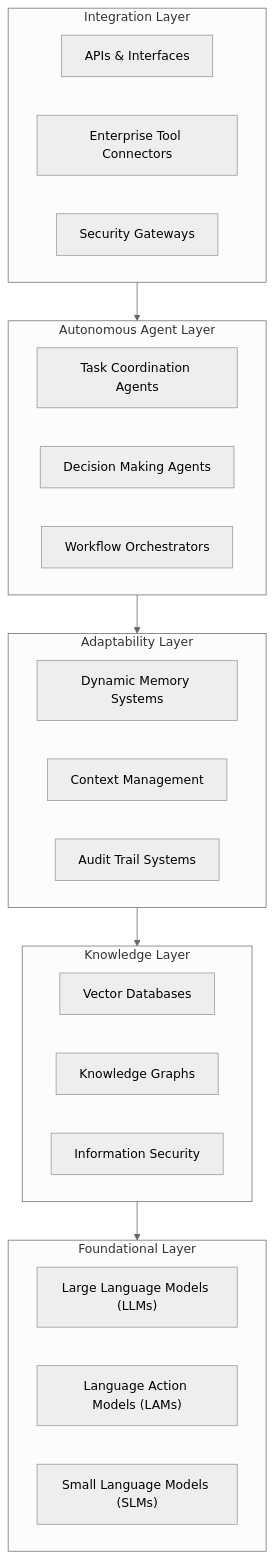
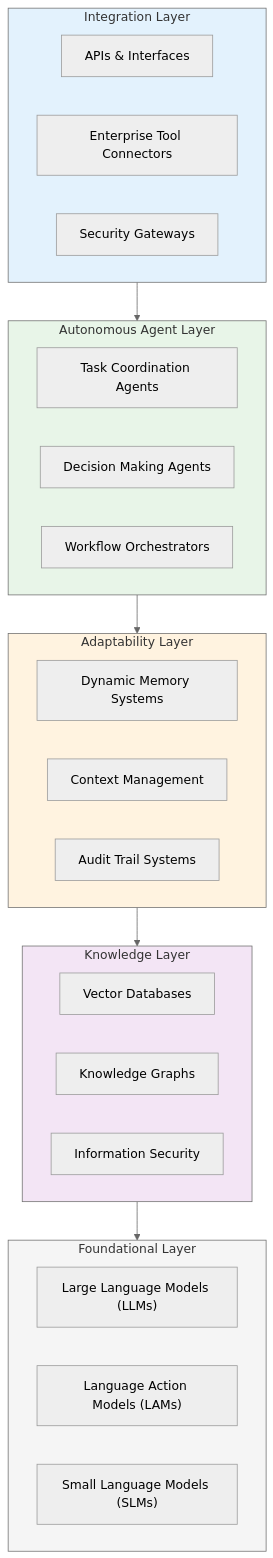
One commit to dwarvesf/brainery changed the diagram in updates/arc/on-agent.md. Above: the diagram before and after it, drawn with Mermaid (neutral theme). The commit also changed other lines of this file, not shown here.

Commit message:
add arc agentic-ai to pinned post

````diff
--- a/updates/arc/on-agent.md
+++ b/updates/arc/on-agent.md
@@ -75,37 +76,43 @@
 ```mermaid
 flowchart TD
     subgraph integration["Integration Layer"]
         A1["APIs & Interfaces"]
         A2["Enterprise Tool Connectors"]
         A3["Security Gateways"]
     end
     
     subgraph agents["Autonomous Agent Layer"]
         B1["Task Coordination Agents"]
         B2["Decision Making Agents"]
         B3["Workflow Orchestrators"]
     end
     
     subgraph adaptability["Adaptability Layer"]
         C1["Dynamic Memory Systems"]
         C2["Context Management"]
         C3["Audit Trail Systems"]
     end
     
     subgraph knowledge["Knowledge Layer"]
         D1["Vector Databases"]
         D2["Knowledge Graphs"]
         D3["Information Security"]
     end
     
     subgraph foundation["Foundational Layer"]
         E1["Large Language Models (LLMs)"]
         E2["Language Action Models (LAMs)"]
         E3["Small Language Models (SLMs)"]
     end
     
     integration --> agents
     agents --> adaptability
     adaptability --> knowledge
     knowledge --> foundation
+    
+    style integration fill:#e3f2fd
+    style agents fill:#e8f5e8
+    style adaptability fill:#fff3e0
+    style knowledge fill:#f3e5f5
+    style foundation fill:#f5f5f5
 ```
````
